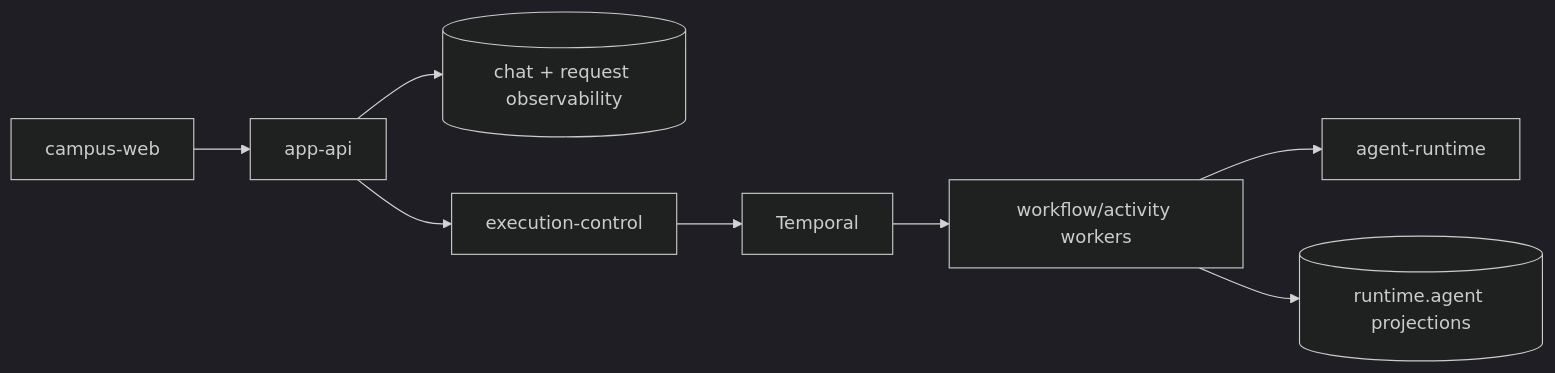
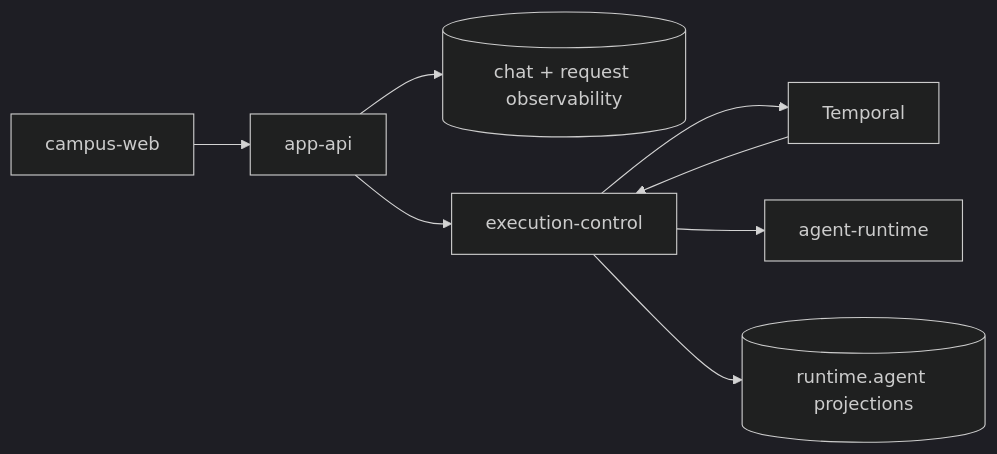
Before and after one commit to Luxfeier22331/campus-agent-main: the diagram in docs/architecture/system/product-runtime.md, drawn with Mermaid (dark theme). The commit also changed other lines of this file and 598 other files, not shown here.

First line of the commit message:
refactor(runtime): 收敛 Agent、Temporal 与知识消费边界 (#149)

````diff
--- a/docs/architecture/system/product-runtime.md
+++ b/docs/architecture/system/product-runtime.md
@@ -33,19 +33,18 @@
 ```mermaid
 flowchart LR
   Browser[campus-web]
   AppAPI[app-api]
   ProductDB[(chat + request observability)]
   Control[execution-control]
   Temporal[Temporal]
-  Workers[workflow/activity workers]
   Agent[agent-runtime]
   RunDB[(runtime.agent projections)]
 
   Browser --> AppAPI
   AppAPI --> ProductDB
   AppAPI --> Control
   Control --> Temporal
-  Temporal --> Workers
-  Workers --> Agent
-  Workers --> RunDB
+  Temporal --> Control
+  Control --> Agent
+  Control --> RunDB
 ```
````
